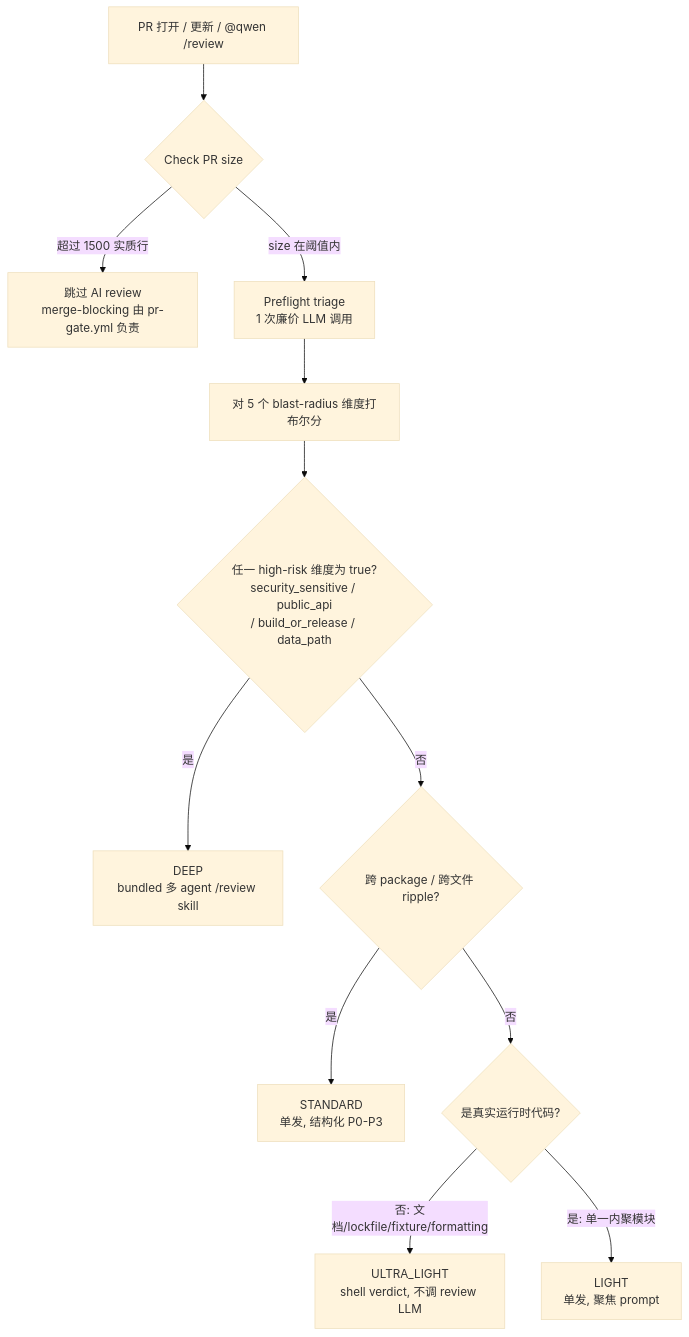
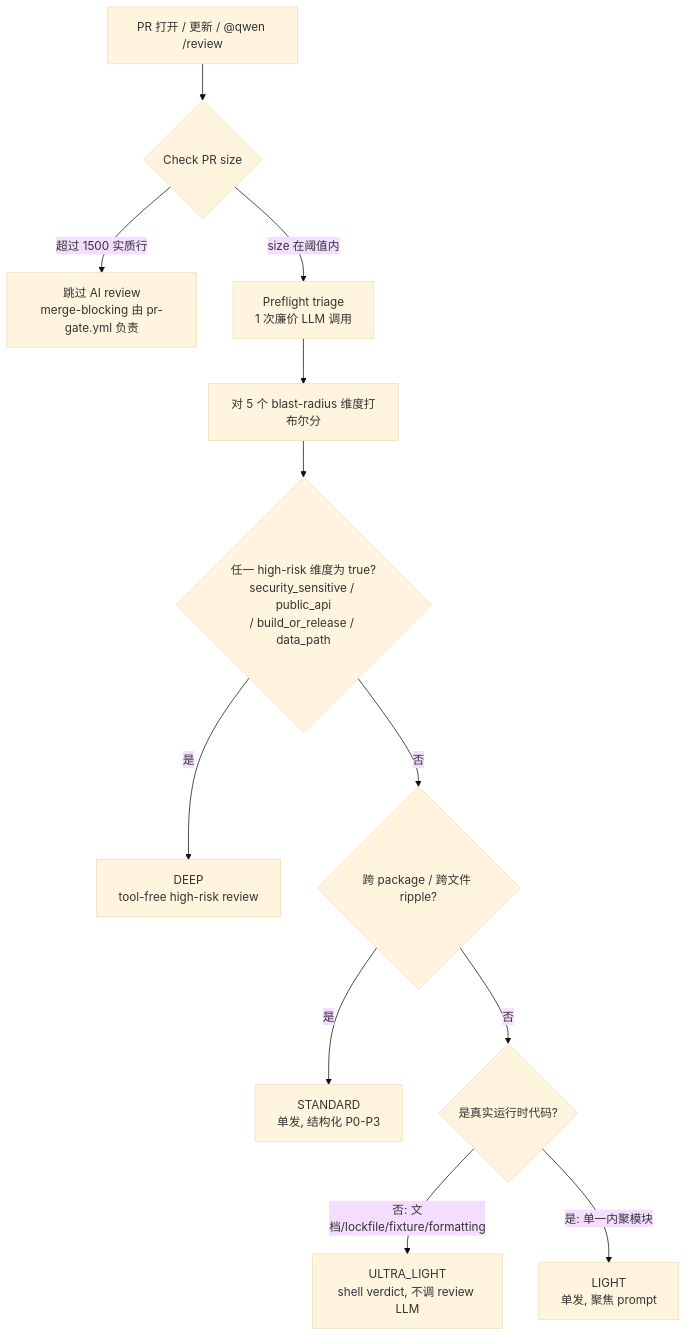
Before and after one commit to QwenLM/qwen-code: the diagram in docs/design/code-review/preflight-triage.md, drawn with Mermaid (base theme). The commit also changed other lines of this file and 2 other files, not shown here.

Commit message:
docs(ci): align preflight review design

````diff
--- a/docs/design/code-review/preflight-triage.md
+++ b/docs/design/code-review/preflight-triage.md
@@ -67,14 +69,14 @@
 ```mermaid
 flowchart TD
     A["PR 打开 / 更新 / @qwen /review"] --> B{"Check PR size"}
     B -->|"超过 1500 实质行"| Z["跳过 AI review<br/>merge-blocking 由 pr-gate.yml 负责"]
     B -->|"size 在阈值内"| C["Preflight triage<br/>1 次廉价 LLM 调用"]
     C --> D["对 5 个 blast-radius 维度打布尔分"]
     D --> E{"任一 high-risk 维度为 true?<br/>security_sensitive / public_api<br/>/ build_or_release / data_path"}
-    E -->|"是"| DEEP["DEEP<br/>bundled 多 agent /review skill"]
+    E -->|"是"| DEEP["DEEP<br/>tool-free high-risk review"]
     E -->|"否"| F{"跨 package / 跨文件 ripple?"}
     F -->|"是"| STD["STANDARD<br/>单发, 结构化 P0-P3"]
     F -->|"否"| G{"是真实运行时代码?"}
     G -->|"否: 文档/lockfile/fixture/formatting"| UL["ULTRA_LIGHT<br/>shell verdict, 不调 review LLM"]
     G -->|"是: 单一内聚模块"| LIGHT["LIGHT<br/>单发, 聚焦 prompt"]
 ```
````
